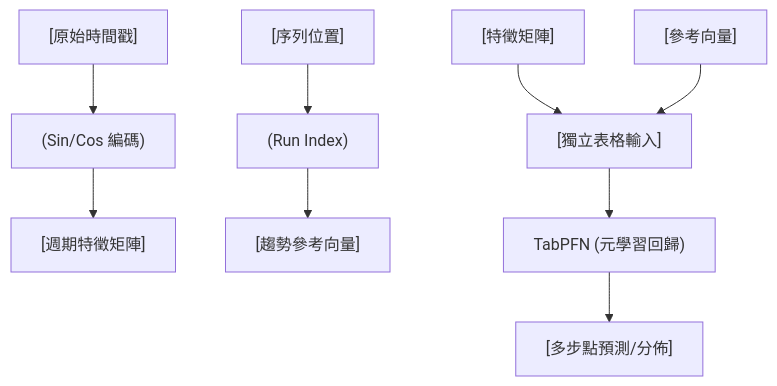
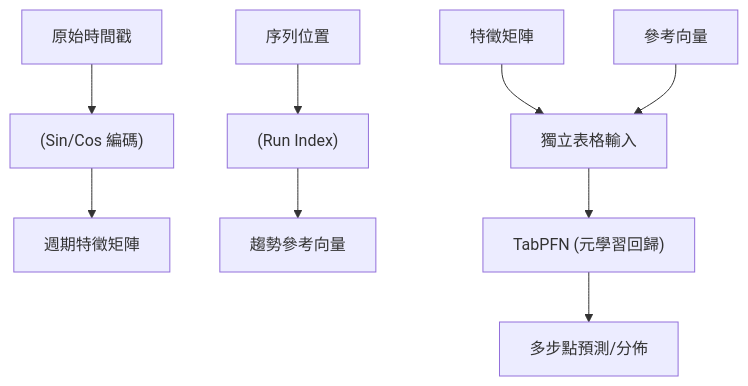
Before and after one commit to sou350121/Trading-Handbook: the diagram in foundations/time-series-forecasting/tabpfn-ts.md, drawn with Mermaid. The commit also changed 191 other files, not shown here.

First line of the commit message:
render: fix math + mermaid for GitHub across the corpus (188 pages)

````diff
--- a/foundations/time-series-forecasting/tabpfn-ts.md
+++ b/foundations/time-series-forecasting/tabpfn-ts.md
@@ -32,11 +32,11 @@
 ```mermaid
 flowchart TD
-    A["[原始時間戳]"] --> B["(Sin/Cos 編碼)"]
-    B --> C["[週期特徵矩陣]"]
-    D["[序列位置]"] --> E["(Run Index)"]
-    E --> F["[趨勢參考向量]"]
-    G["[特徵矩陣]"] --> I["[獨立表格輸入]"]
-    H["[參考向量]"] --> I
+    A["原始時間戳"] --> B["(Sin/Cos 編碼)"]
+    B --> C["週期特徵矩陣"]
+    D["序列位置"] --> E["(Run Index)"]
+    E --> F["趨勢參考向量"]
+    G["特徵矩陣"] --> I["獨立表格輸入"]
+    H["參考向量"] --> I
     I --> J["TabPFN (元學習回歸)"]
-    J --> K["[多步點預測/分佈]"]
+    J --> K["多步點預測/分佈"]
 ```
````
